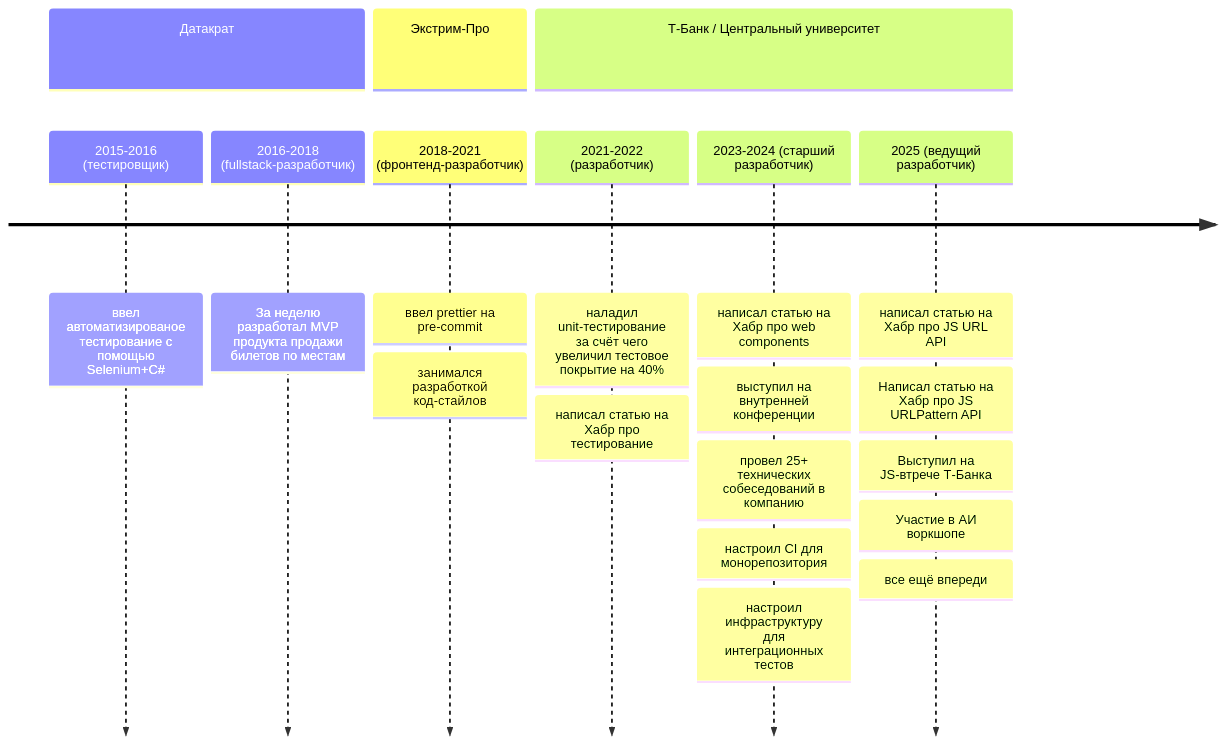
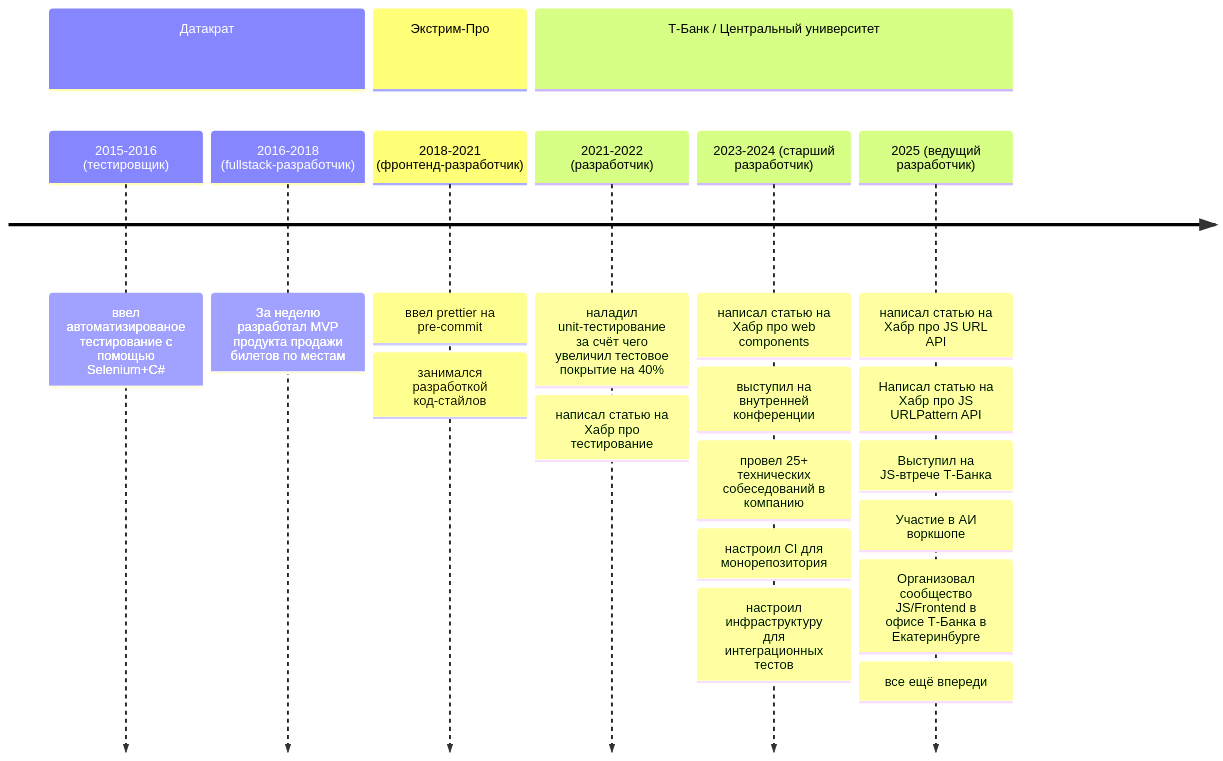
One commit to Goodzonchik/Goodzonchik changed the first of 4 diagrams in README.md. Above: the diagram before and after it, drawn with Mermaid. The commit also changed other lines of this file, not shown here.

````diff
--- a/README.md
+++ b/README.md
@@ -7,22 +7,23 @@
 ```mermaid
 timeline
     section Датакрат
         2015-2016 (тестировщик) : ввел автоматизированое тестирование с помощью Selenium+C#
         2016-2018 (fullstack-разработчик) : За неделю разработал MVP продукта продажи билетов по местам
     section Экстрим-Про
         2018-2021 (фронтенд-разработчик) : ввел prettier на pre-commit
                   : занимался разработкой код-стайлов
     section Т-Банк / Центральный университет
         2021-2022 (разработчик) : наладил unit-тестирование за счёт чего увеличил тестовое покрытие на 40%
                   : написал статью на Хабр про тестирование
         2023-2024 (старший разработчик) : написал статью на Хабр про web components
                   : выступил на внутренней конференции
                   : провел 25+ технических собеседований в компанию
                   : настроил CI для монорепозитория
                   : настроил инфраструктуру для интеграционных тестов
         2025 (ведущий разработчик) : написал статью на Хабр про JS URL API
                   : Написал статью на Хабр про JS URLPattern API
                   : Выступил на JS-втрече Т-Банка
                   : Участие в АИ воркшопе
+                  : Организовал сообщество JS/Frontend в офисе Т-Банка в Екатеринбурге
                   : все ещё впереди
 ```
````
